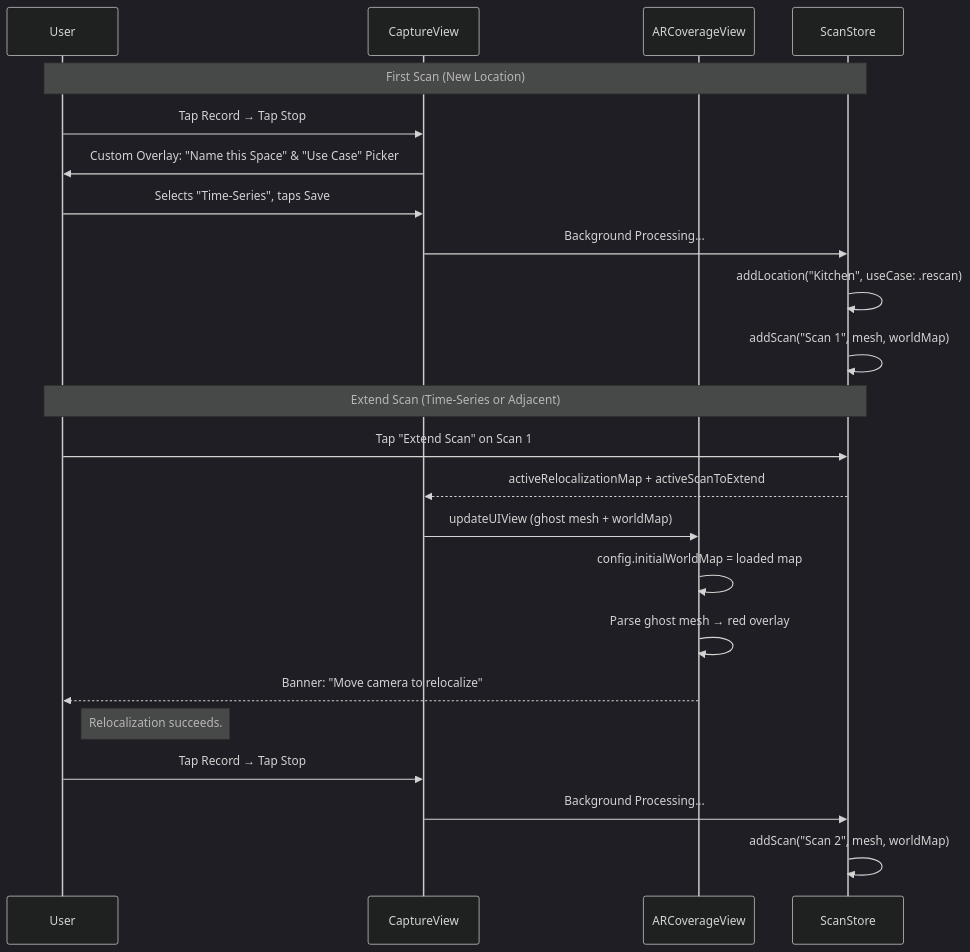
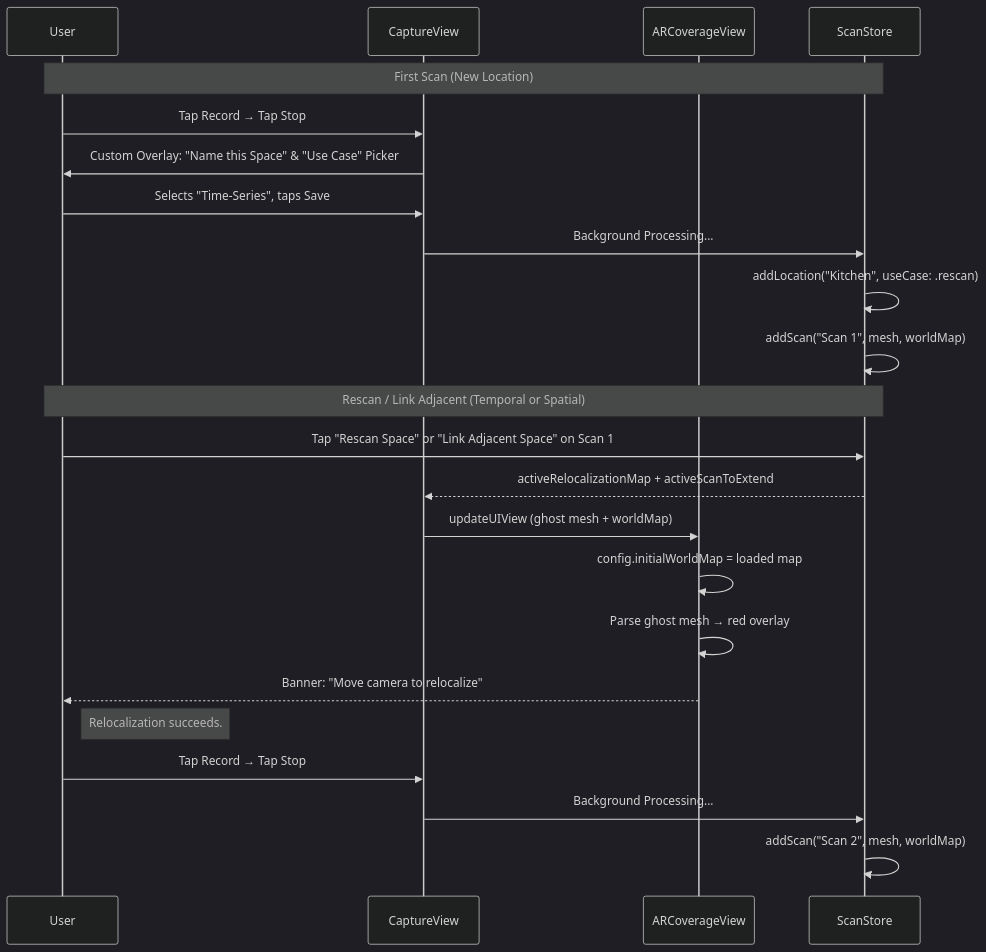
Before and after one commit to WiseLabCMU/wisescan-ios: the fourth of 6 diagrams in REQUIREMENTS.md, drawn with Mermaid (dark theme). The commit also changed other lines of this file and 6 other files, not shown here.

````diff
--- a/REQUIREMENTS.md
+++ b/REQUIREMENTS.md
@@ -232,27 +253,27 @@
 ```mermaid
 sequenceDiagram
     participant U as User
     participant Cap as CaptureView
     participant AR as ARCoverageView
     participant SS as ScanStore
 
     Note over U,SS: First Scan (New Location)
     U->>Cap: Tap Record → Tap Stop
     Cap->>U: Custom Overlay: "Name this Space" & "Use Case" Picker
     U->>Cap: Selects "Time-Series", taps Save
     Cap->>SS: Background Processing...
     SS->>SS: addLocation("Kitchen", useCase: .rescan)
     SS->>SS: addScan("Scan 1", mesh, worldMap)
 
-    Note over U,SS: Extend Scan (Time-Series or Adjacent)
-    U->>SS: Tap "Extend Scan" on Scan 1
+    Note over U,SS: Rescan / Link Adjacent (Temporal or Spatial)
+    U->>SS: Tap "Rescan Space" or "Link Adjacent Space" on Scan 1
     SS-->>Cap: activeRelocalizationMap + activeScanToExtend
     Cap->>AR: updateUIView (ghost mesh + worldMap)
     AR->>AR: config.initialWorldMap = loaded map
     AR->>AR: Parse ghost mesh → red overlay
     AR-->>U: Banner: "Move camera to relocalize"
     Note right of U: Relocalization succeeds.
     U->>Cap: Tap Record → Tap Stop
     Cap->>SS: Background Processing...
     SS->>SS: addScan("Scan 2", mesh, worldMap)
 ```
````
